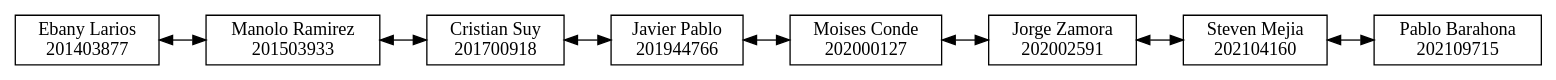
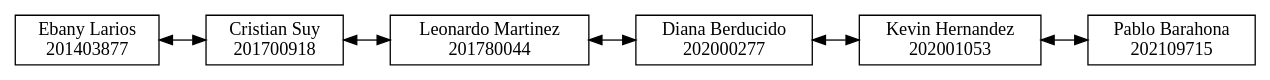
Before and after one commit to Barahona1602/Sistema-de-Archivos: the diagram in EDD_Proyecto1_Fase1/Lista doble/lista.dot, drawn with Graphviz. The commit also changed 114 other files, not shown here.

```diff
--- a/EDD_Proyecto1_Fase1/Lista doble/lista.dot
+++ b/EDD_Proyecto1_Fase1/Lista doble/lista.dot
@@ -1,27 +1,21 @@
 digraph G {
   node [shape=box];
   rankdir=LR;
   201403877 [label="Ebany Larios
 201403877"];
-  201503933 [label="Manolo Ramirez
-201503933"];
   201700918 [label="Cristian Suy
 201700918"];
-  201944766 [label="Javier Pablo
-201944766"];
-  202000127 [label="Moises Conde
-202000127"];
-  202002591 [label="Jorge Zamora
-202002591"];
-  202104160 [label="Steven Mejia
-202104160"];
+  201780044 [label="Leonardo Martinez
+201780044"];
+  202000277 [label="Diana Berducido
+202000277"];
+  202001053 [label="Kevin Hernandez
+202001053"];
   202109715 [label="Pablo Barahona
 202109715"];
-  201403877 -> 201503933 [dir=both];
-  201503933 -> 201700918 [dir=both];
-  201700918 -> 201944766 [dir=both];
-  201944766 -> 202000127 [dir=both];
-  202000127 -> 202002591 [dir=both];
-  202002591 -> 202104160 [dir=both];
-  202104160 -> 202109715 [dir=both];
+  201403877 -> 201700918 [dir=both];
+  201700918 -> 201780044 [dir=both];
+  201780044 -> 202000277 [dir=both];
+  202000277 -> 202001053 [dir=both];
+  202001053 -> 202109715 [dir=both];
 }
```
